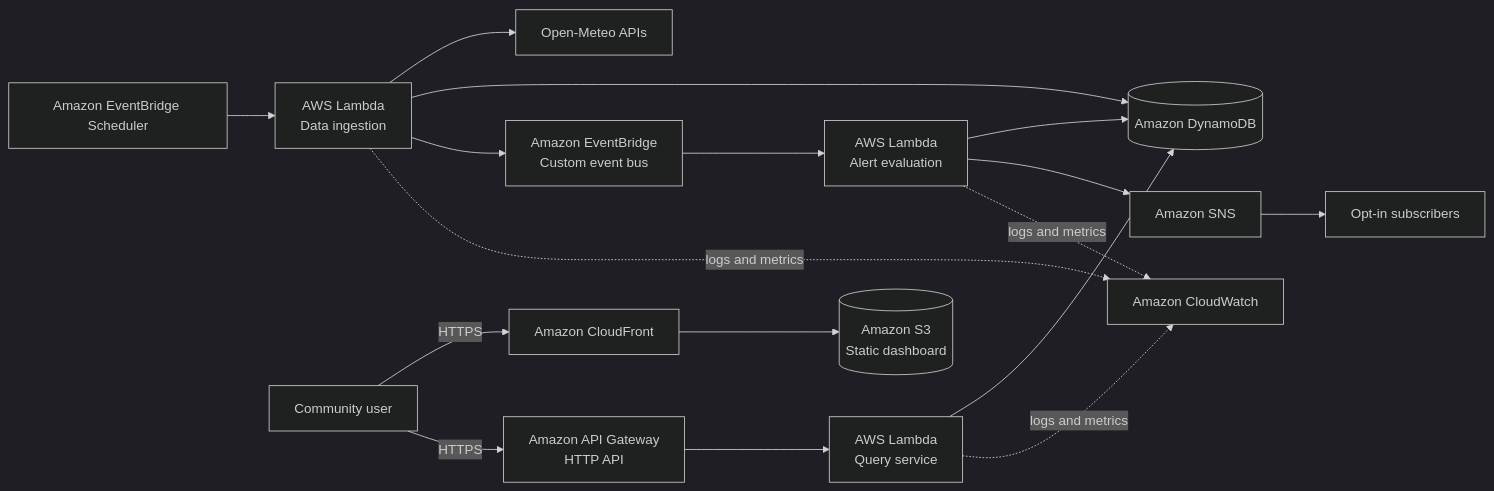
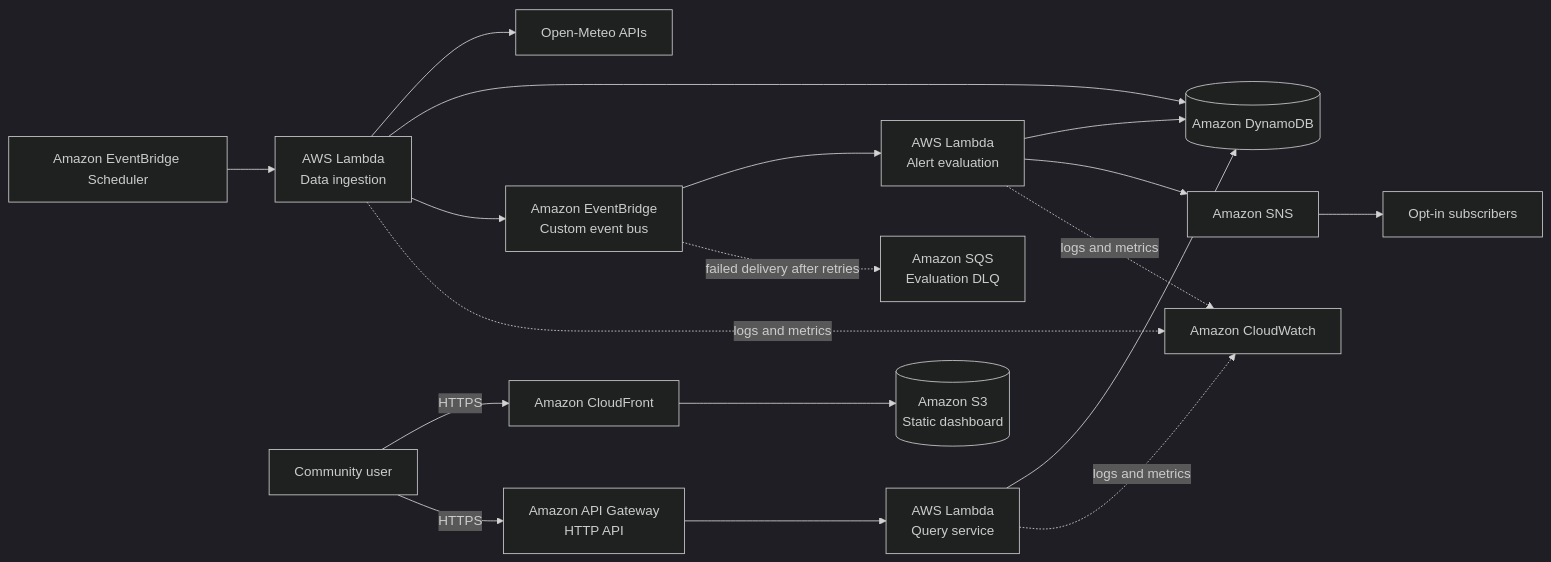
The diagram in README.md (ManuelMH16/AyniAlert), drawn with Mermaid (dark theme) before and after one commit. The commit also changed other lines of this file and 76 other files, not shown here.

````diff
--- a/README.md
+++ b/README.md
@@ -74,36 +154,38 @@
 ```mermaid
 flowchart LR
     Source[Open-Meteo APIs]
     Scheduler[Amazon EventBridge Scheduler]
     Ingest[AWS Lambda<br/>Data ingestion]
     DB[(Amazon DynamoDB)]
     Bus[Amazon EventBridge<br/>Custom event bus]
     Evaluate[AWS Lambda<br/>Alert evaluation]
+    DLQ[Amazon SQS<br/>Evaluation DLQ]
     Topic[Amazon SNS]
     Subscriber[Opt-in subscribers]
     API[Amazon API Gateway<br/>HTTP API]
     Query[AWS Lambda<br/>Query service]
     CDN[Amazon CloudFront]
     Web[(Amazon S3<br/>Static dashboard)]
     User[Community user]
     CW[Amazon CloudWatch]
 
     Scheduler --> Ingest
     Ingest --> Source
     Ingest --> DB
     Ingest --> Bus
     Bus --> Evaluate
+    Bus -. failed delivery after retries .-> DLQ
     Evaluate --> DB
     Evaluate --> Topic
     Topic --> Subscriber
 
     User -->|HTTPS| CDN
     CDN --> Web
     User -->|HTTPS| API
     API --> Query
     Query --> DB
 
     Ingest -. logs and metrics .-> CW
     Evaluate -. logs and metrics .-> CW
     Query -. logs and metrics .-> CW
 ```
````
